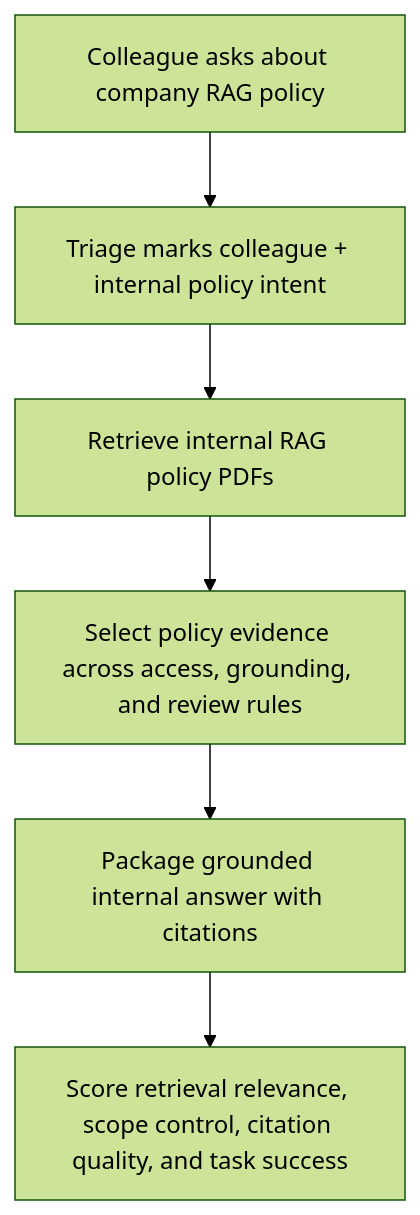
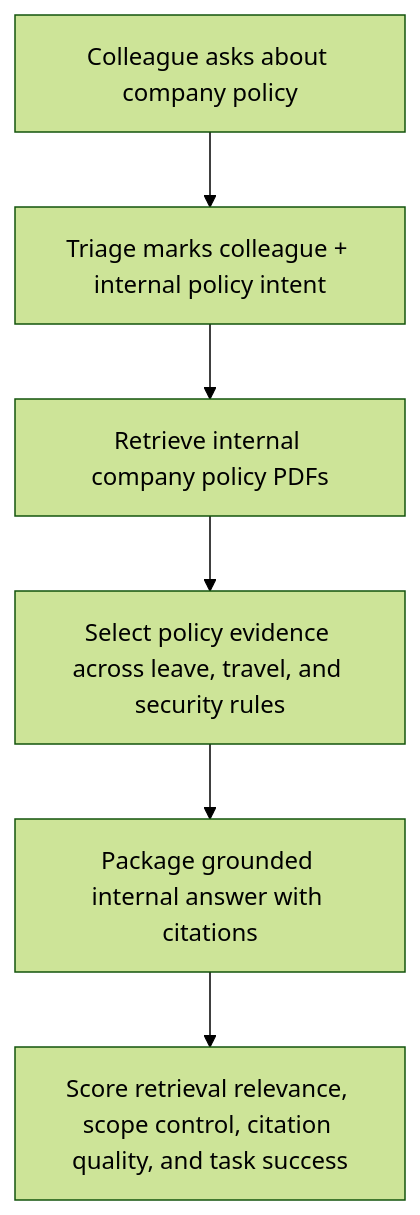
Before and after one commit to V0xP0p/call-center-example-case: the fourth of 5 diagrams in docs/flow-diagrams.md, drawn with Mermaid (forest theme). The commit also changed other lines of this file and 38 other files, not shown here.

Commit message:
Replace internal policy corpus with company PDFs

````diff
--- a/docs/flow-diagrams.md
+++ b/docs/flow-diagrams.md
@@ -61,8 +61,8 @@
 ```mermaid
 flowchart TD
-    A["Colleague asks about company RAG policy"] --> B["Triage marks colleague + internal policy intent"]
-    B --> C["Retrieve internal RAG policy PDFs"]
-    C --> D["Select policy evidence across access, grounding, and review rules"]
+    A["Colleague asks about company policy"] --> B["Triage marks colleague + internal policy intent"]
+    B --> C["Retrieve internal company policy PDFs"]
+    C --> D["Select policy evidence across leave, travel, and security rules"]
     D --> E["Package grounded internal answer with citations"]
     E --> F["Score retrieval relevance, scope control, citation quality, and task success"]
 ```
````
